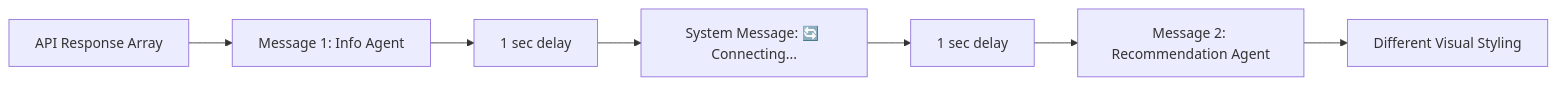
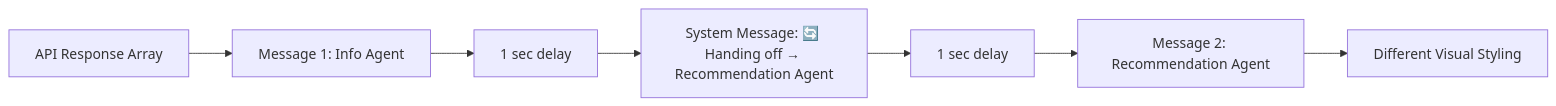
The second of 2 diagrams in docs/WORKFLOW.md (tobiasuruali/agentic-insurance-delegation-research), drawn with Mermaid before and after one commit. The commit also changed other lines of this file and 12 other files, not shown here.

Commit message:
refactor: update agent and system message terminology for clarity and consistency. Clearer Handoff Message.

````diff
--- a/docs/WORKFLOW.md
+++ b/docs/WORKFLOW.md
@@ -118,9 +118,9 @@
 ```mermaid
 graph LR
     A[API Response Array] --> B[Message 1: Info Agent]
     B --> C[1 sec delay]
-    C --> D[System Message: 🔄 Connecting...]
+    C --> D[System Message: 🔄 Handing off → Recommendation Agent]
     D --> E[1 sec delay]
     E --> F[Message 2: Recommendation Agent]
     F --> G[Different Visual Styling]
 ```
````
